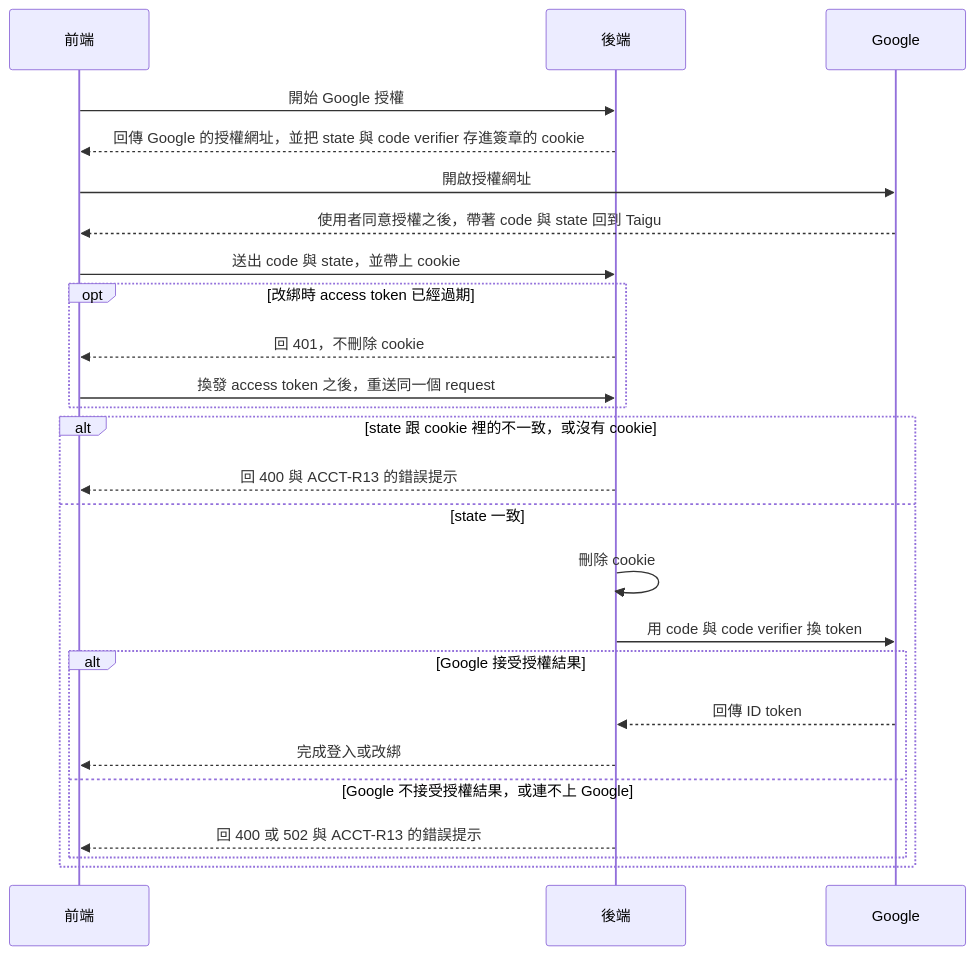
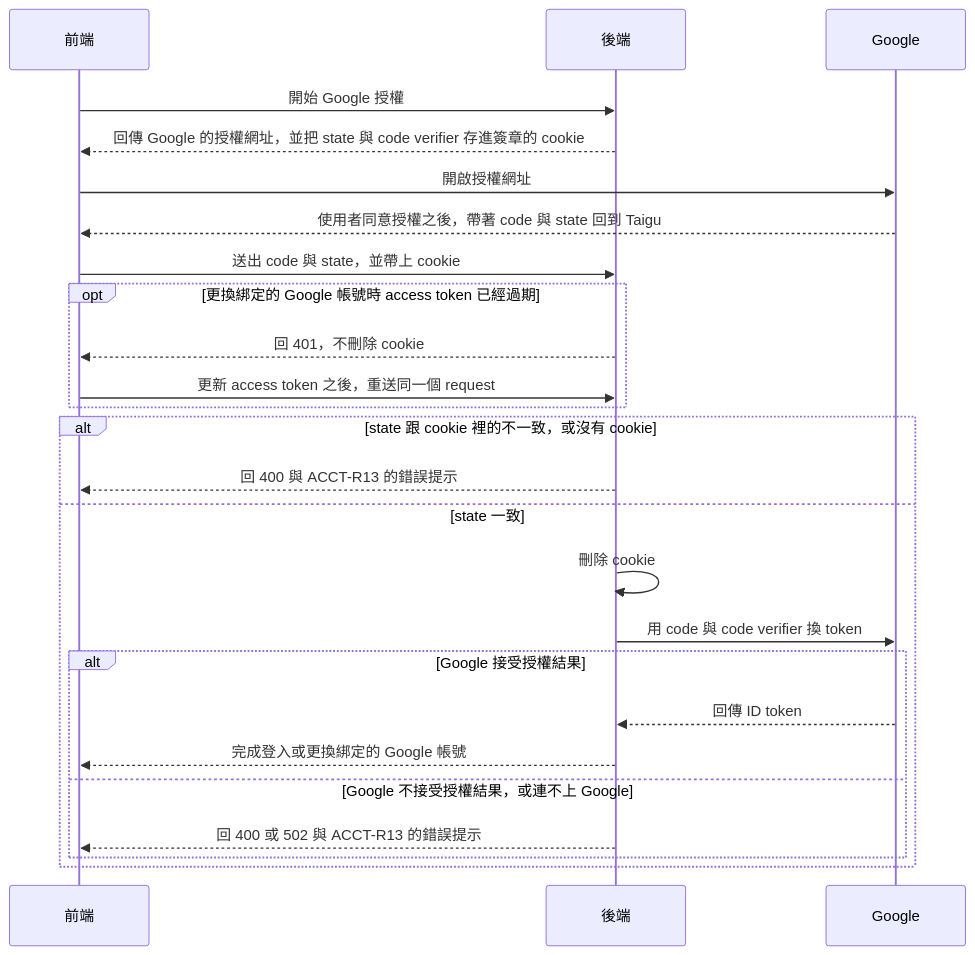
Before and after one commit to bingyangchen/taigu: the ninth of 10 diagrams in docs/specs/architecture.md, drawn with Mermaid. The commit also changed other lines of this file and 45 other files, not shown here.

````diff
--- a/docs/specs/architecture.md
+++ b/docs/specs/architecture.md
@@ -71,27 +218,27 @@
 ```mermaid
 sequenceDiagram
   participant B as 前端
   participant A as 後端
   participant G as Google
   B->>A: 開始 Google 授權
   A-->>B: 回傳 Google 的授權網址，並把 state 與 code verifier 存進簽章的 cookie
   B->>G: 開啟授權網址
   G-->>B: 使用者同意授權之後，帶著 code 與 state 回到 Taigu
   B->>A: 送出 code 與 state，並帶上 cookie
-  opt 改綁時 access token 已經過期
+  opt 更換綁定的 Google 帳號時 access token 已經過期
     A-->>B: 回 401，不刪除 cookie
-    B->>A: 換發 access token 之後，重送同一個 request
+    B->>A: 更新 access token 之後，重送同一個 request
   end
   alt state 跟 cookie 裡的不一致，或沒有 cookie
     A-->>B: 回 400 與 ACCT-R13 的錯誤提示
   else state 一致
     A->>A: 刪除 cookie
     A->>G: 用 code 與 code verifier 換 token
     alt Google 接受授權結果
       G-->>A: 回傳 ID token
-      A-->>B: 完成登入或改綁
+      A-->>B: 完成登入或更換綁定的 Google 帳號
     else Google 不接受授權結果，或連不上 Google
       A-->>B: 回 400 或 502 與 ACCT-R13 的錯誤提示
     end
   end
 ```
````
